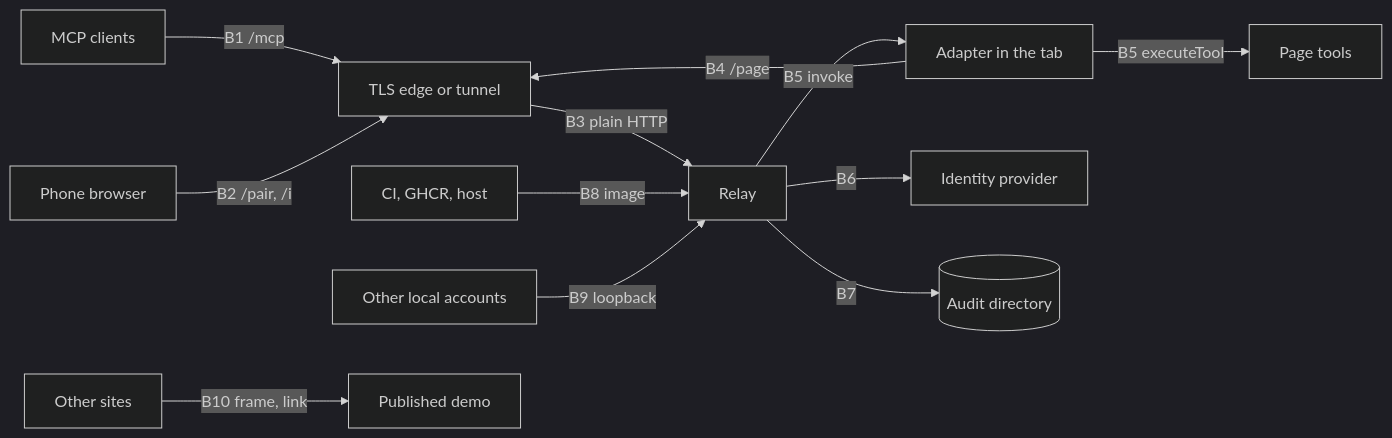
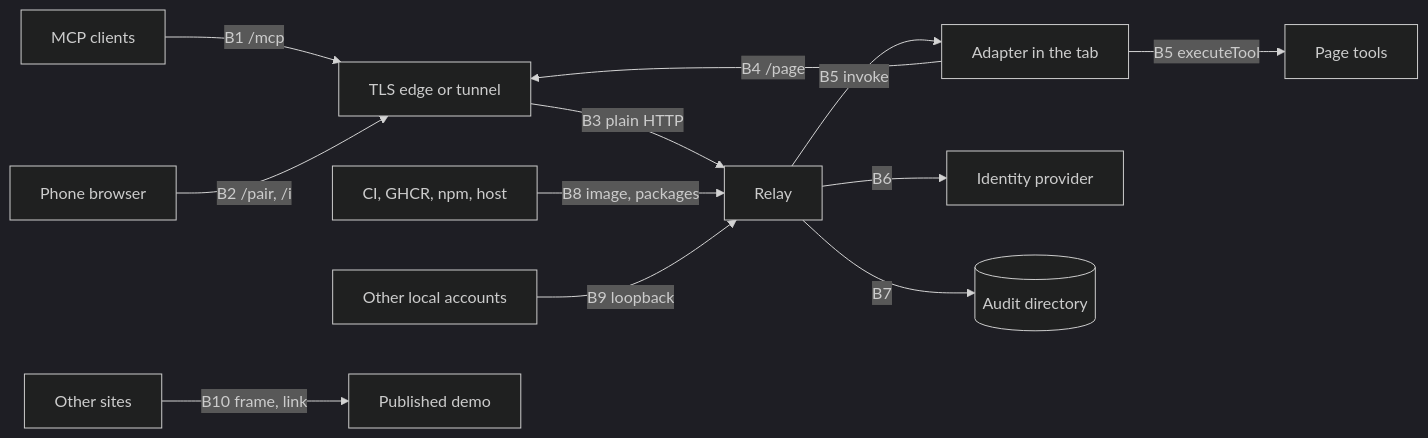
One commit to PaulMRamirez/tabdock changed the diagram in docs/threat-model.md. Above: the diagram before and after it, drawn with Mermaid (dark theme). The commit also changed other lines of this file and 252 other files, not shown here.

````diff
--- a/docs/threat-model.md
+++ b/docs/threat-model.md
@@ -9,14 +9,14 @@
 ```mermaid
 flowchart LR
   C[MCP clients] -->|B1 /mcp| E[TLS edge or tunnel]
   P[Phone browser] -->|B2 /pair, /i| E
   E -->|B3 plain HTTP| R[Relay]
   A[Adapter in the tab] -->|B4 /page| E
   R -->|B5 invoke| A
   A -->|B5 executeTool| T[Page tools]
   R -->|B6| I[Identity provider]
   R -->|B7| D[(Audit directory)]
-  G[CI, GHCR, host] -->|B8 image| R
+  G[CI, GHCR, npm, host] -->|B8 image, packages| R
   L[Other local accounts] -->|B9 loopback| R
   V[Other sites] -->|B10 frame, link| W[Published demo]
 ```
````
